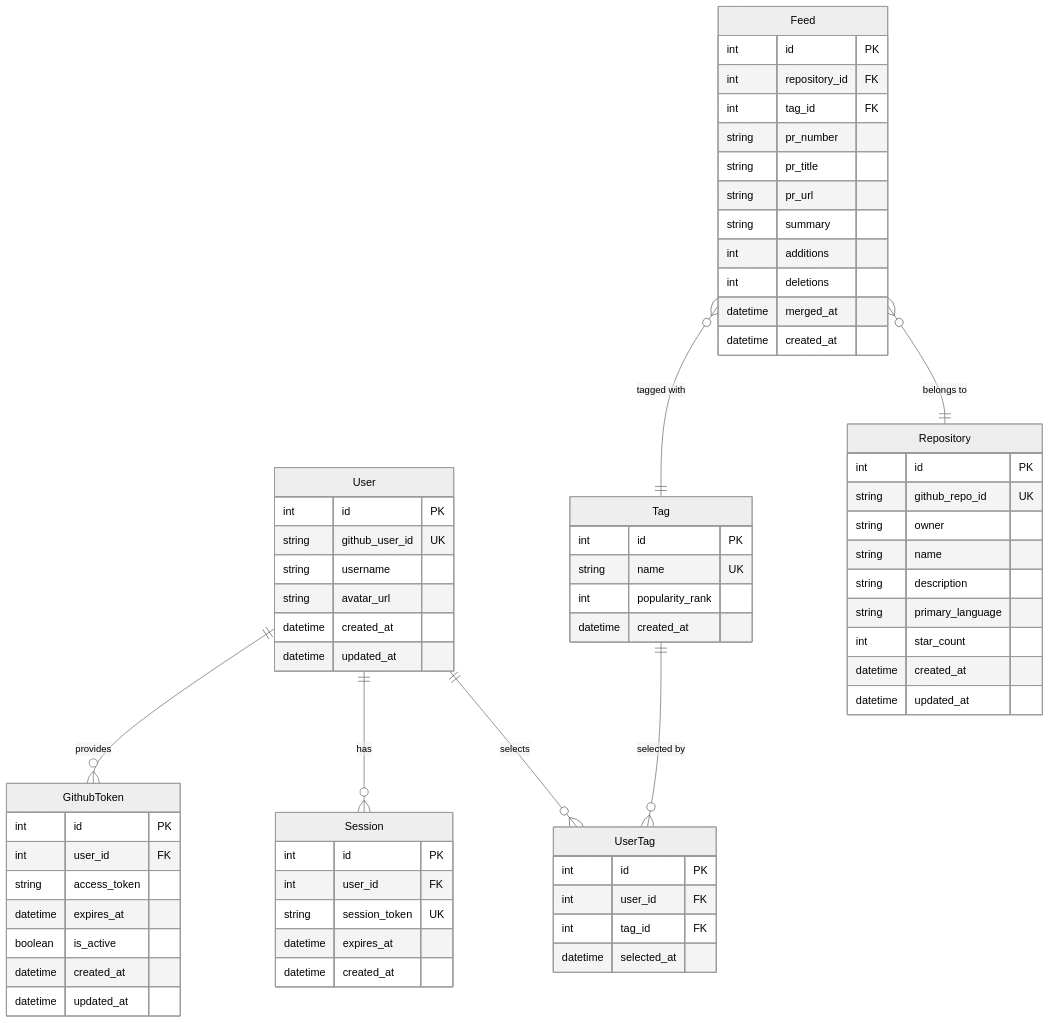
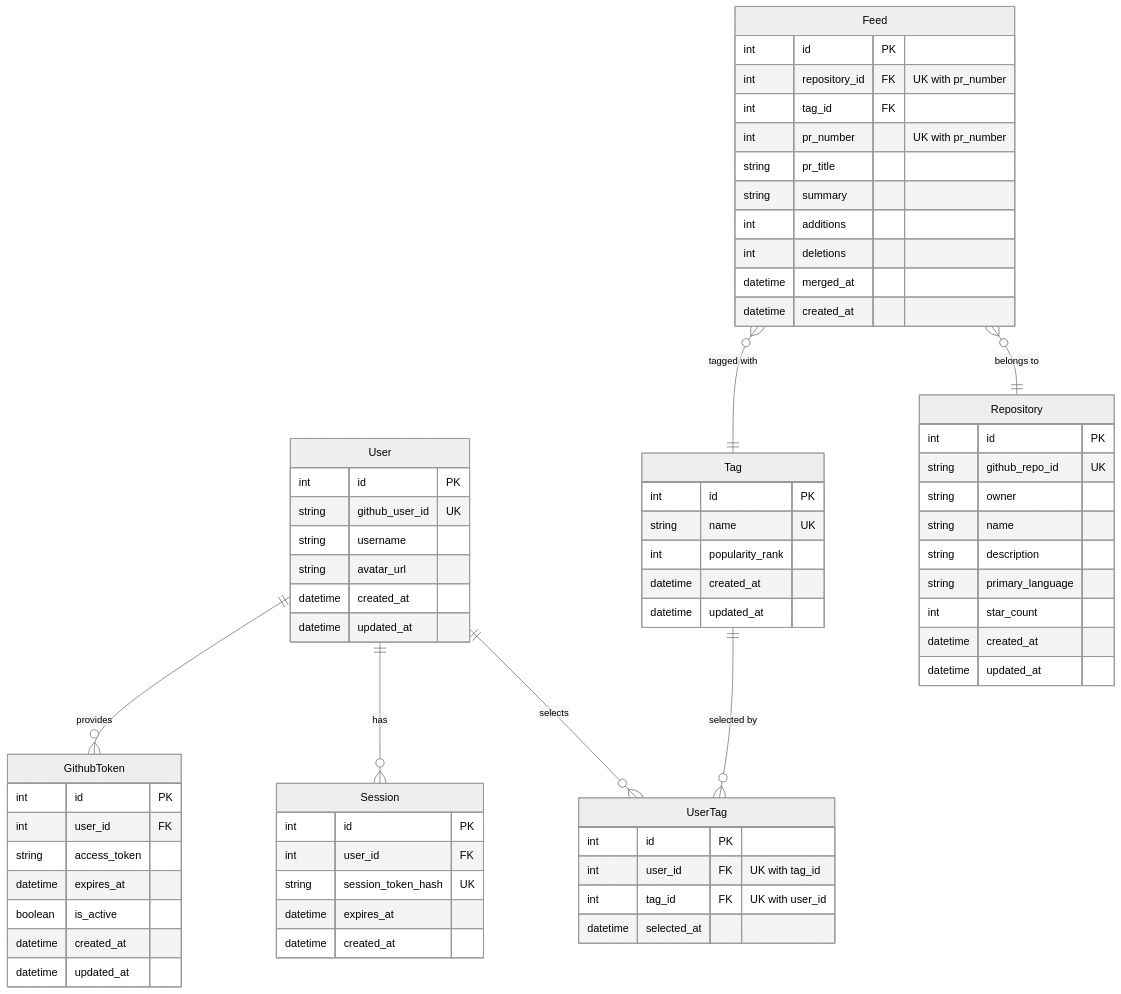
One commit to tsukuneA1/git-feed changed the diagram in docs/er-diagram.md. Above: the diagram before and after it, drawn with Mermaid (neutral theme). The commit also changed 2 other files, not shown here.

````diff
--- a/docs/er-diagram.md
+++ b/docs/er-diagram.md
@@ -1,76 +1,76 @@
 ```mermaid
 erDiagram
     User ||--o{ UserTag : "selects"
     Tag ||--o{ UserTag : "selected by"
     User ||--o{ Session : "has"
     User ||--o{ GithubToken : "provides"
     Feed }o--|| Repository : "belongs to"
     Feed }o--|| Tag : "tagged with"
 
     User {
         int id PK
         string github_user_id UK
         string username
         string avatar_url
         datetime created_at
         datetime updated_at
     }
 
     GithubToken {
         int id PK
         int user_id FK
         string access_token
         datetime expires_at
         boolean is_active
         datetime created_at
         datetime updated_at
     }
 
     Tag {
         int id PK
         string name UK
         int popularity_rank
         datetime created_at
+        datetime updated_at
     }
 
     UserTag {
         int id PK
-        int user_id FK
-        int tag_id FK
+        int user_id FK "UK with tag_id"
+        int tag_id FK "UK with user_id"
         datetime selected_at
     }
 
     Session {
         int id PK
         int user_id FK
-        string session_token UK
+        string session_token_hash UK
         datetime expires_at
         datetime created_at
     }
 
     Repository {
         int id PK
         string github_repo_id UK
         string owner
         string name
         string description
         string primary_language
         int star_count
         datetime created_at
         datetime updated_at
     }
 
     Feed {
         int id PK
-        int repository_id FK
+        int repository_id FK "UK with pr_number"
         int tag_id FK
-        string pr_number
+        int pr_number "UK with pr_number"
         string pr_title
-        string pr_url
         string summary
         int additions
         int deletions
         datetime merged_at
         datetime created_at
     }
 ```
````
